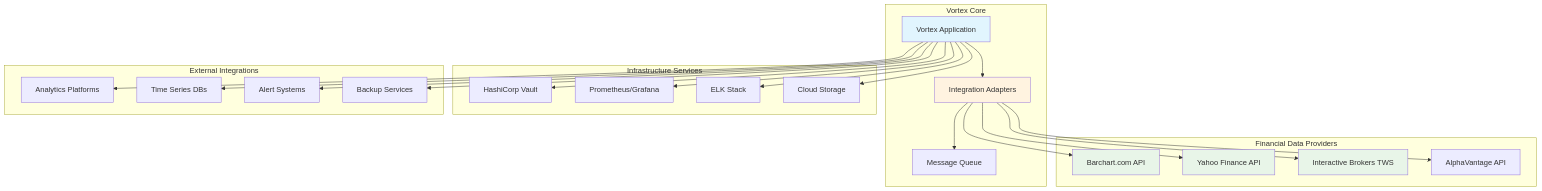
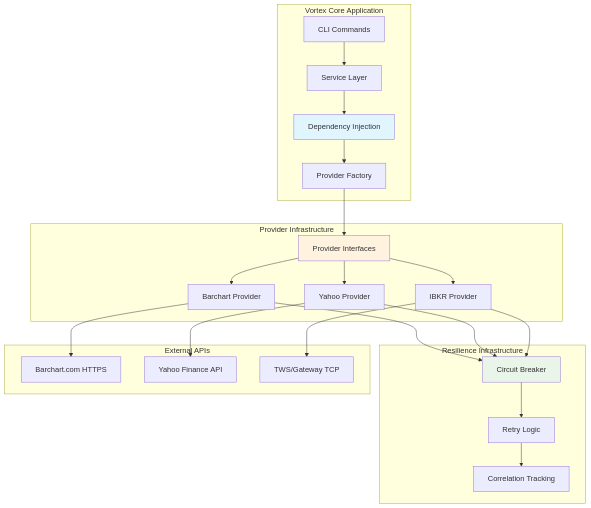
Before and after one commit to makutaku/vortex: the diagram in docs/design/hld/08-integration-design.md, drawn with Mermaid. The commit also changed other lines of this file and 2 other files, not shown here.

````diff
--- a/docs/design/hld/08-integration-design.md
+++ b/docs/design/hld/08-integration-design.md
@@ -20,53 +13,52 @@
 ```mermaid
 graph TB
-    subgraph "Vortex Core"
-        Core[Vortex Application]
-        Adapter[Integration Adapters]
-        Queue[Message Queue]
+    subgraph "Vortex Core Application"
+        CLI[CLI Commands]
+        Services[Service Layer]
+        DI[Dependency Injection]
+        Factory[Provider Factory]
     end
     
-    subgraph "Financial Data Providers"
-        Barchart[Barchart.com API]
-        Yahoo[Yahoo Finance API]
-        IBKR[Interactive Brokers TWS]
-        Alpha[AlphaVantage API]
+    subgraph "Provider Infrastructure"
+        Interfaces[Provider Interfaces]
+        Barchart[Barchart Provider]
+        Yahoo[Yahoo Provider]
+        IBKR[IBKR Provider]
     end
     
-    subgraph "Infrastructure Services"
-        Vault[HashiCorp Vault]
-        Monitoring[Prometheus/Grafana]
-        Logging[ELK Stack]
-        Storage[Cloud Storage]
+    subgraph "Resilience Infrastructure"
+        CircuitBreaker[Circuit Breaker]
+        Retry[Retry Logic]
+        CorrelationID[Correlation Tracking]
     end
     
-    subgraph "External Integrations"
-        Analytics[Analytics Platforms]
-        Databases[Time Series DBs]
-        Notifications[Alert Systems]
-        Backup[Backup Services]
+    subgraph "External APIs"
+        BarchartAPI[Barchart.com HTTPS]
+        YahooAPI[Yahoo Finance API]
+        IBKRAPI[TWS/Gateway TCP]
     end
     
-    Core --> Adapter
-    Adapter --> Queue
+    CLI --> Services
+    Services --> DI
+    DI --> Factory
+    Factory --> Interfaces
     
-    Adapter --> Barchart
-    Adapter --> Yahoo
-    Adapter --> IBKR
-    Adapter --> Alpha
+    Interfaces --> Barchart
+    Interfaces --> Yahoo
+    Interfaces --> IBKR
     
-    Core --> Vault
-    Core --> Monitoring
-    Core --> Logging
-    Core --> Storage
+    Barchart --> CircuitBreaker
+    Yahoo --> CircuitBreaker
+    IBKR --> CircuitBreaker
     
-    Core --> Analytics
-    Core --> Databases
-    Core --> Notifications
-    Core --> Backup
+    CircuitBreaker --> Retry
+    Retry --> CorrelationID
     
-    style Core fill:#e1f5fe
-    style Adapter fill:#fff3e0
-    style Barchart fill:#e8f5e8
-    style Yahoo fill:#e8f5e8
-    style IBKR fill:#e8f5e8
+    Barchart --> BarchartAPI
+    Yahoo --> YahooAPI
+    IBKR --> IBKRAPI
+    
+    style DI fill:#e1f5fe
+    style Interfaces fill:#fff3e0
+    style CircuitBreaker fill:#e8f5e8
 ```
````
